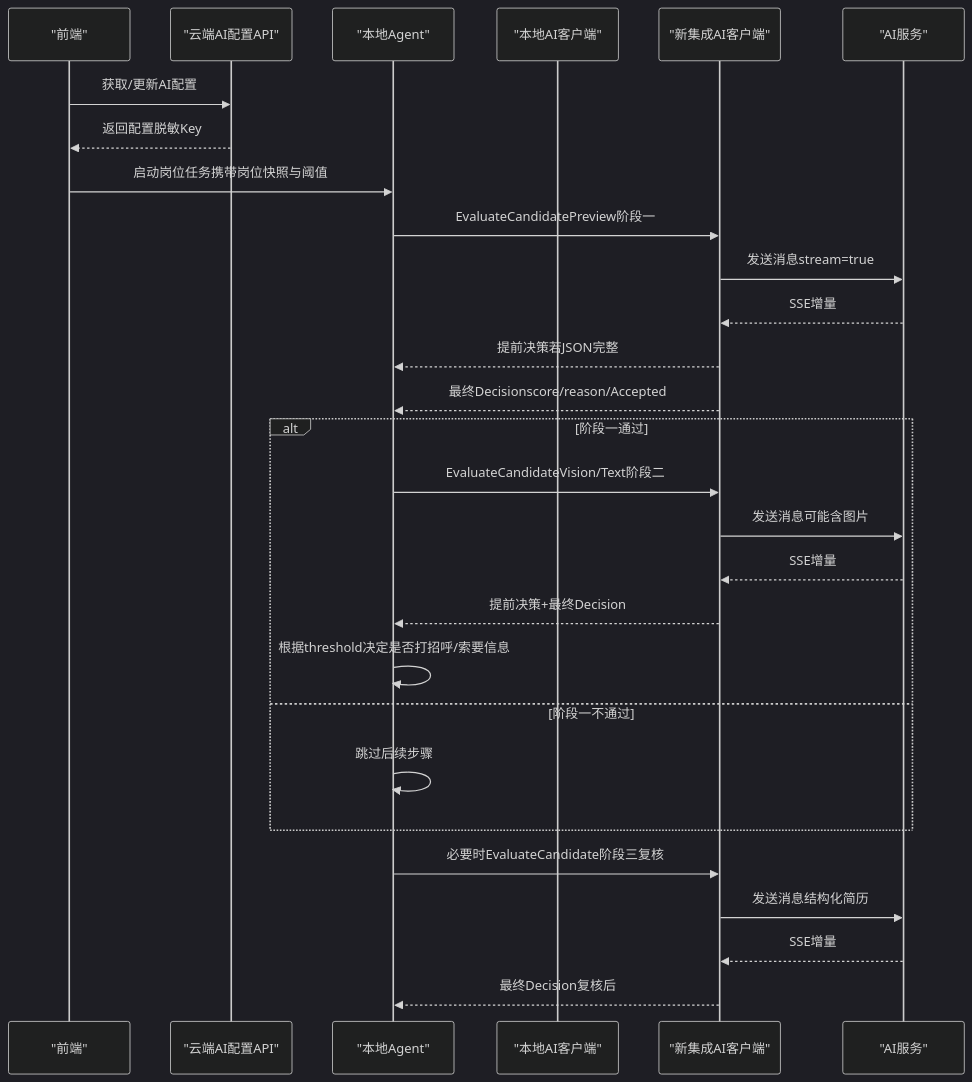
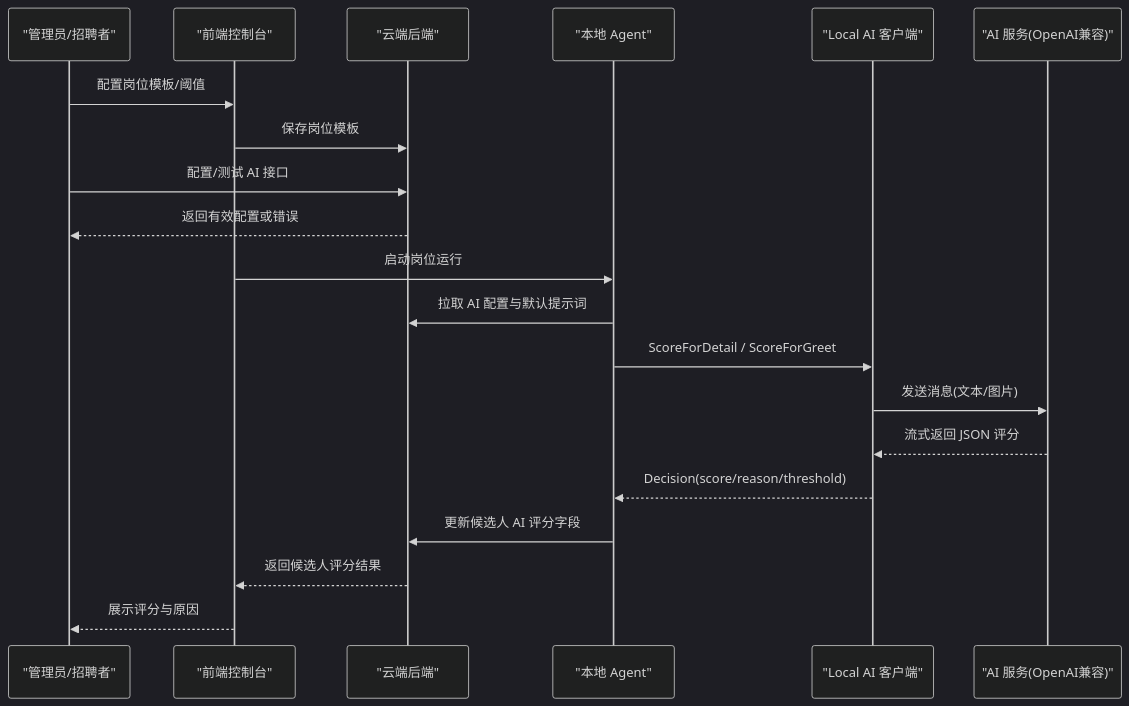
The second of 9 diagrams in .qoder/repowiki/zh/content/云端后端服务/候选人处理系统/AI匹配评分/AI匹配评分.md (alvinwangzi/goodhr), drawn with Mermaid (dark theme) before and after one commit. The commit also changed other lines of this file and 149 other files, not shown here.

````diff
--- a/.qoder/repowiki/zh/content/云端后端服务/候选人处理系统/AI匹配评分/AI匹配评分.md
+++ b/.qoder/repowiki/zh/content/云端后端服务/候选人处理系统/AI匹配评分/AI匹配评分.md
@@ -118,30 +108,22 @@
 ```mermaid
 sequenceDiagram
-participant FE as "前端"
-participant API as "云端AI配置API"
-participant AG as "本地Agent"
-participant LAC as "本地AI客户端"
-participant NAC as "新集成AI客户端"
-participant AI as "AI服务"
-FE->>API : 获取/更新AI配置
-API-->>FE : 返回配置脱敏Key
-FE->>AG : 启动岗位任务携带岗位快照与阈值
-AG->>NAC : EvaluateCandidatePreview阶段一
-NAC->>AI : 发送消息stream=true
-AI-->>NAC : SSE增量
-NAC-->>AG : 提前决策若JSON完整
-NAC-->>AG : 最终Decisionscore/reason/Accepted
-alt 阶段一通过
-AG->>NAC : EvaluateCandidateVision/Text阶段二
-NAC->>AI : 发送消息可能含图片
-AI-->>NAC : SSE增量
-NAC-->>AG : 提前决策+最终Decision
-AG->>AG : 根据threshold决定是否打招呼/索要信息
-else 阶段一不通过
-AG->>AG : 跳过后续步骤
-end
-AG->>NAC : 必要时EvaluateCandidate阶段三复核
-NAC->>AI : 发送消息结构化简历
-AI-->>NAC : SSE增量
-NAC-->>AG : 最终Decision复核后
+participant Admin as "管理员/招聘者"
+participant Frontend as "前端控制台"
+participant CloudAPI as "云端后端"
+participant LocalAgent as "本地 Agent"
+participant LAClient as "Local AI 客户端"
+participant AIService as "AI 服务(OpenAI兼容)"
+Admin->>Frontend : 配置岗位模板/阈值
+Frontend->>CloudAPI : 保存岗位模板
+Admin->>CloudAPI : 配置/测试 AI 接口
+CloudAPI-->>Admin : 返回有效配置或错误
+Frontend->>LocalAgent : 启动岗位运行
+LocalAgent->>CloudAPI : 拉取 AI 配置与默认提示词
+LocalAgent->>LAClient : ScoreForDetail / ScoreForGreet
+LAClient->>AIService : 发送消息(文本/图片)
+AIService-->>LAClient : 流式返回 JSON 评分
+LAClient-->>LocalAgent : Decision(score/reason/threshold)
+LocalAgent->>CloudAPI : 更新候选人 AI 评分字段
+CloudAPI-->>Frontend : 返回候选人评分结果
+Frontend-->>Admin : 展示评分与原因
 ```
````
